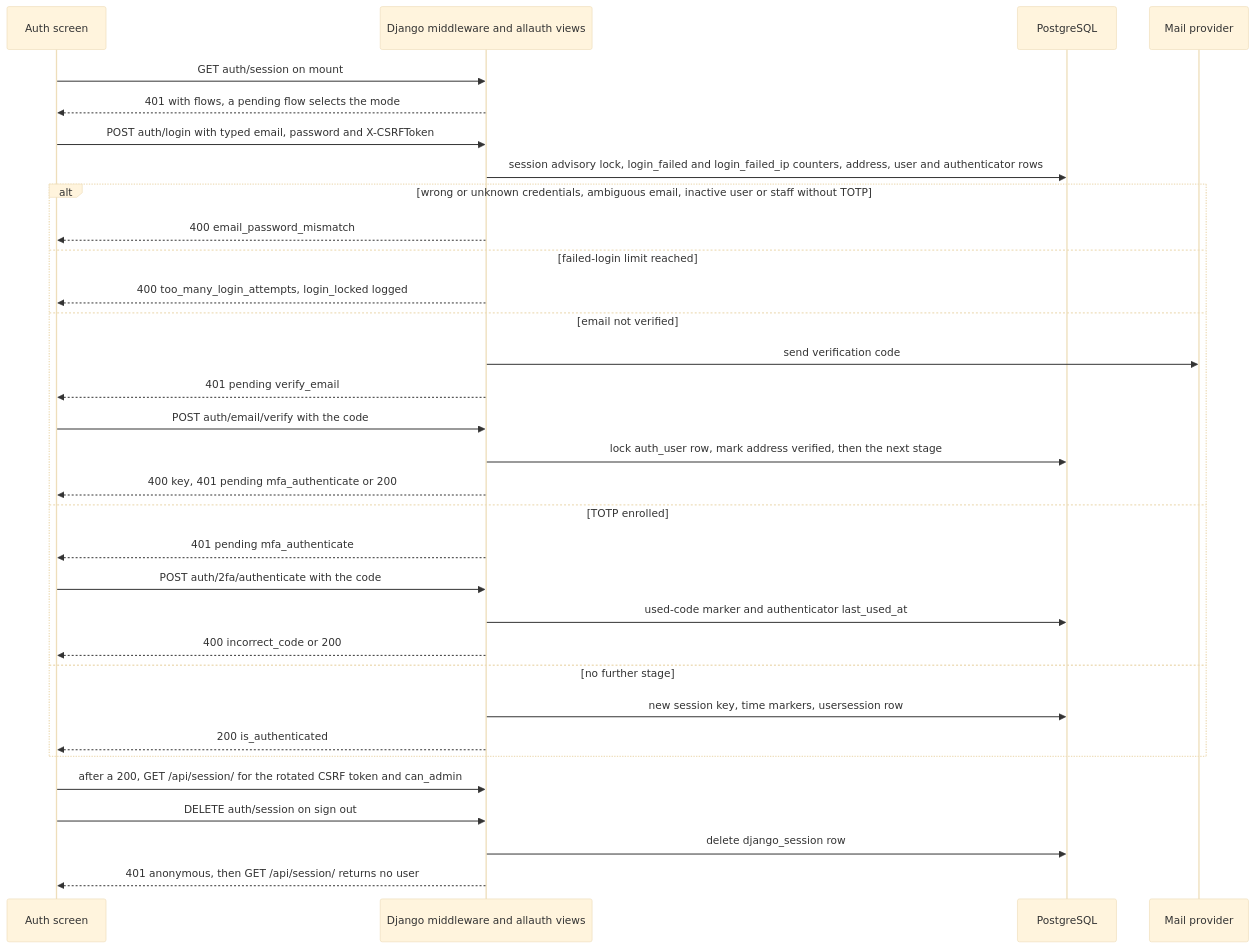
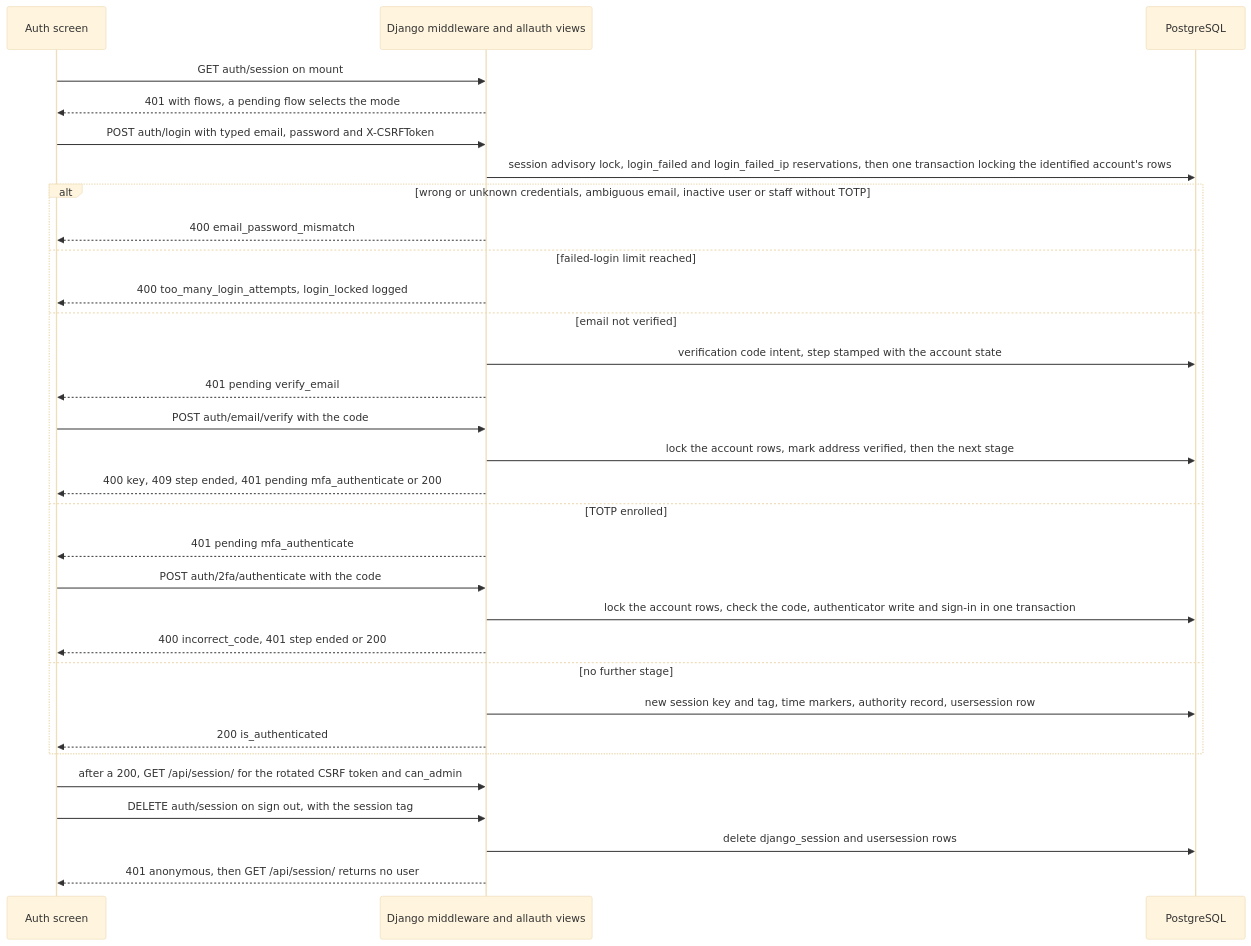
The diagram in docs/flows/sign-in-and-sign-out.md (erkurtharun/pyracast), drawn with Mermaid (base theme) before and after one commit. The commit also changed other lines of this file and 85 other files, not shown here.

First line of the commit message:
Bring the flow pages in line with the code (#107)

````diff
--- a/docs/flows/sign-in-and-sign-out.md
+++ b/docs/flows/sign-in-and-sign-out.md
@@ -13,34 +13,33 @@
 ```mermaid
 sequenceDiagram
     participant W as Auth screen
     participant API as Django middleware and allauth views
     participant DB as PostgreSQL
-    participant M as Mail provider
     W->>API: GET auth/session on mount
     API-->>W: 401 with flows, a pending flow selects the mode
     W->>API: POST auth/login with typed email, password and X-CSRFToken
-    API->>DB: session advisory lock, login_failed and login_failed_ip counters, address, user and authenticator rows
+    API->>DB: session advisory lock, login_failed and login_failed_ip reservations, then one transaction locking the identified account's rows
     alt wrong or unknown credentials, ambiguous email, inactive user or staff without TOTP
         API-->>W: 400 email_password_mismatch
     else failed-login limit reached
         API-->>W: 400 too_many_login_attempts, login_locked logged
     else email not verified
-        API->>M: send verification code
+        API->>DB: verification code intent, step stamped with the account state
         API-->>W: 401 pending verify_email
         W->>API: POST auth/email/verify with the code
-        API->>DB: lock auth_user row, mark address verified, then the next stage
-        API-->>W: 400 key, 401 pending mfa_authenticate or 200
+        API->>DB: lock the account rows, mark address verified, then the next stage
+        API-->>W: 400 key, 409 step ended, 401 pending mfa_authenticate or 200
     else TOTP enrolled
         API-->>W: 401 pending mfa_authenticate
         W->>API: POST auth/2fa/authenticate with the code
-        API->>DB: used-code marker and authenticator last_used_at
-        API-->>W: 400 incorrect_code or 200
+        API->>DB: lock the account rows, check the code, authenticator write and sign-in in one transaction
+        API-->>W: 400 incorrect_code, 401 step ended or 200
     else no further stage
-        API->>DB: new session key, time markers, usersession row
+        API->>DB: new session key and tag, time markers, authority record, usersession row
         API-->>W: 200 is_authenticated
     end
     W->>API: after a 200, GET /api/session/ for the rotated CSRF token and can_admin
-    W->>API: DELETE auth/session on sign out
-    API->>DB: delete django_session row
+    W->>API: DELETE auth/session on sign out, with the session tag
+    API->>DB: delete django_session and usersession rows
     API-->>W: 401 anonymous, then GET /api/session/ returns no user
 ```
````
